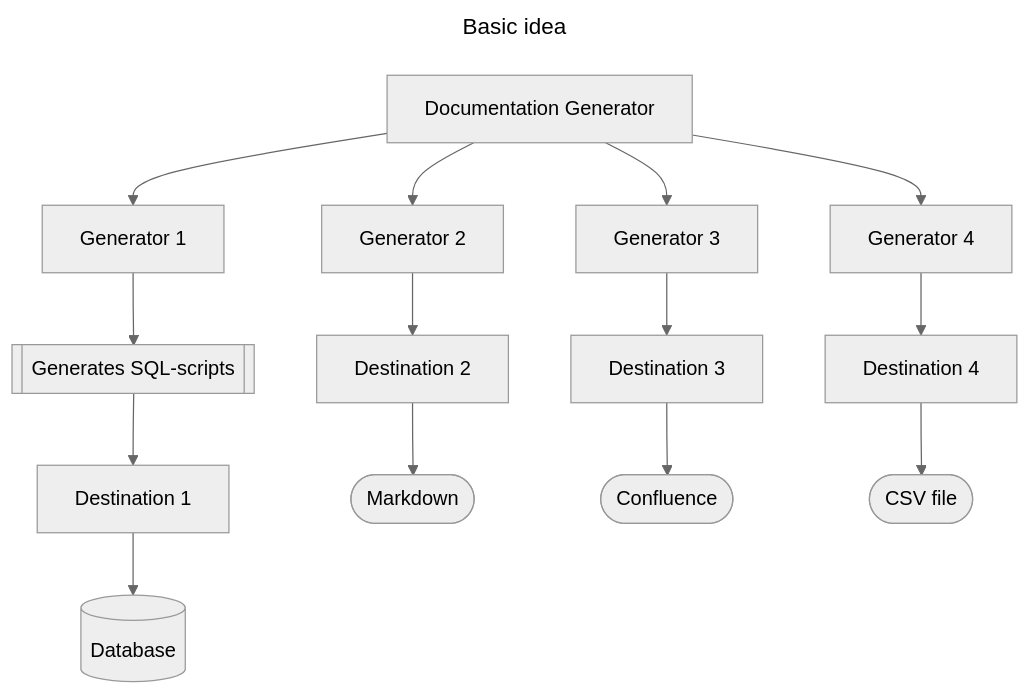
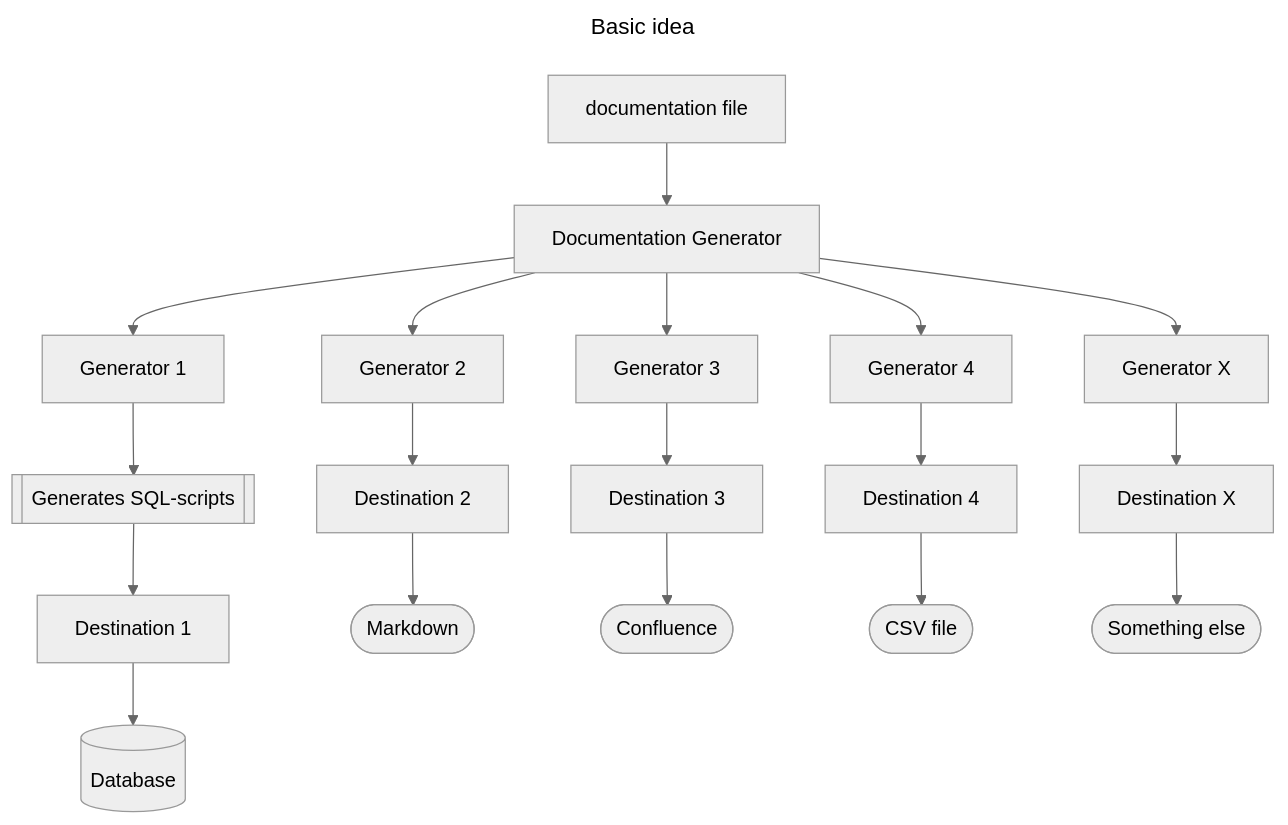
The diagram in README.md (patrickfust/documentation-generator), drawn with Mermaid (neutral theme) before and after one commit. The commit also changed other lines of this file and 62 other files, not shown here.

````diff
--- a/README.md
+++ b/README.md
@@ -32,41 +32,51 @@
 ```mermaid
 ---
 title: Basic idea
 ---
 flowchart TD
+  docFile["documentation file"]  
   docgen["Documentation Generator"]
   generator1["Generator 1"]
   generator1Generate[[Generates SQL-scripts]]
   destination1["Destination 1"]
   database[(Database)]
   
   generator2["Generator 2"]
   destination2["Destination 2"]
   markdown(["Markdown"])
   
   generator3["Generator 3"]
   destination3["Destination 3"]
   confluence(["Confluence"])
   
   generator4["Generator 4"]
   destination4["Destination 4"]
   csv(["CSV file"])
   
+  generatorX["Generator X"]
+  destinationX["Destination X"]
+  something(["Something else"])
+
+  docFile --> docgen
   docgen --> generator1
   docgen --> generator2
   docgen --> generator3
   docgen --> generator4
+  docgen --> generatorX
   
   generator1 --> generator1Generate
   generator1Generate --> destination1
   destination1 --> database
   
   generator2 --> destination2
   destination2 --> markdown
   
   generator3 --> destination3
   destination3 --> confluence
   
   generator4 --> destination4
   destination4 --> csv
+  
+  generatorX --> destinationX
+  destinationX --> something
 ```
````
